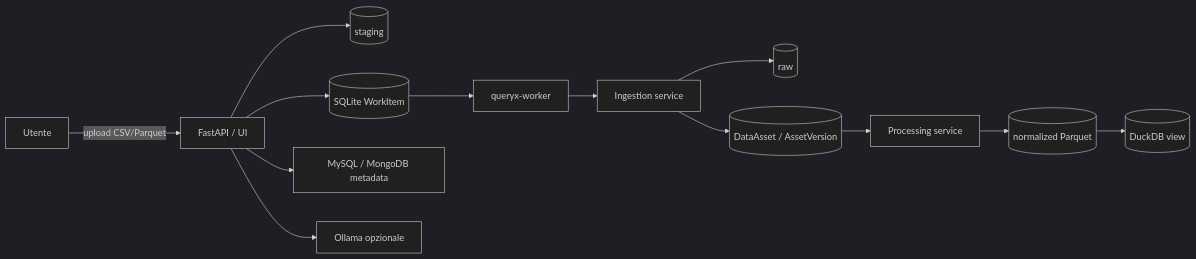
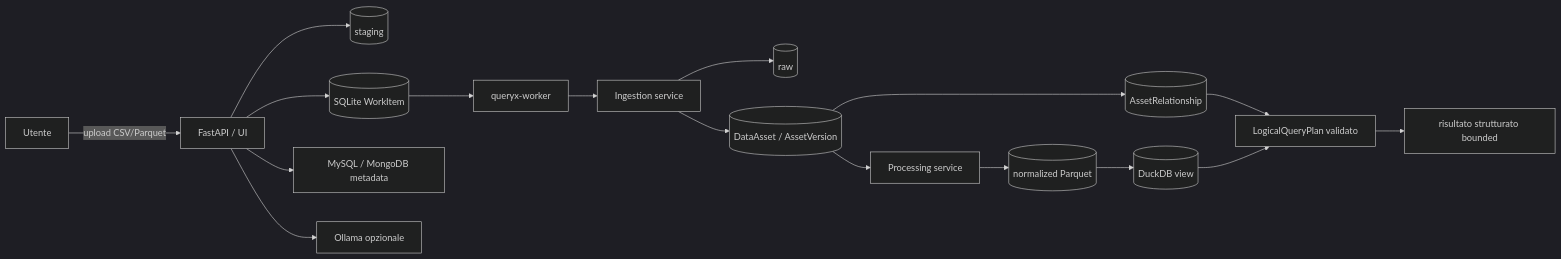
One commit to pyxidious/queryX changed the diagram in README.md. Above: the diagram before and after it, drawn with Mermaid (dark theme). The commit also changed other lines of this file and 31 other files, not shown here.

First line of the commit message:
feat(ui): add run details and query templates for processing and relationships

````diff
--- a/README.md
+++ b/README.md
@@ -24,15 +25,19 @@
 ```mermaid
 flowchart LR
     User[Utente] -->|upload CSV/Parquet| API[FastAPI / UI]
     API --> Stage[(staging)]
     API --> Queue[(SQLite WorkItem)]
     Queue --> Worker[queryx-worker]
     Worker --> Ingestion[Ingestion service]
     Ingestion --> Raw[(raw)]
     Ingestion --> Catalog[(DataAsset / AssetVersion)]
     Catalog --> Processing[Processing service]
     Processing --> Parquet[(normalized Parquet)]
     Parquet --> DuckDB[(DuckDB view)]
+    Catalog --> Relationships[(AssetRelationship)]
+    Relationships --> Plan[LogicalQueryPlan validato]
+    DuckDB --> Plan
+    Plan --> Result[risultato strutturato bounded]
     API --> Sources[MySQL / MongoDB metadata]
     API --> Ollama[Ollama opzionale]
 ```
````
